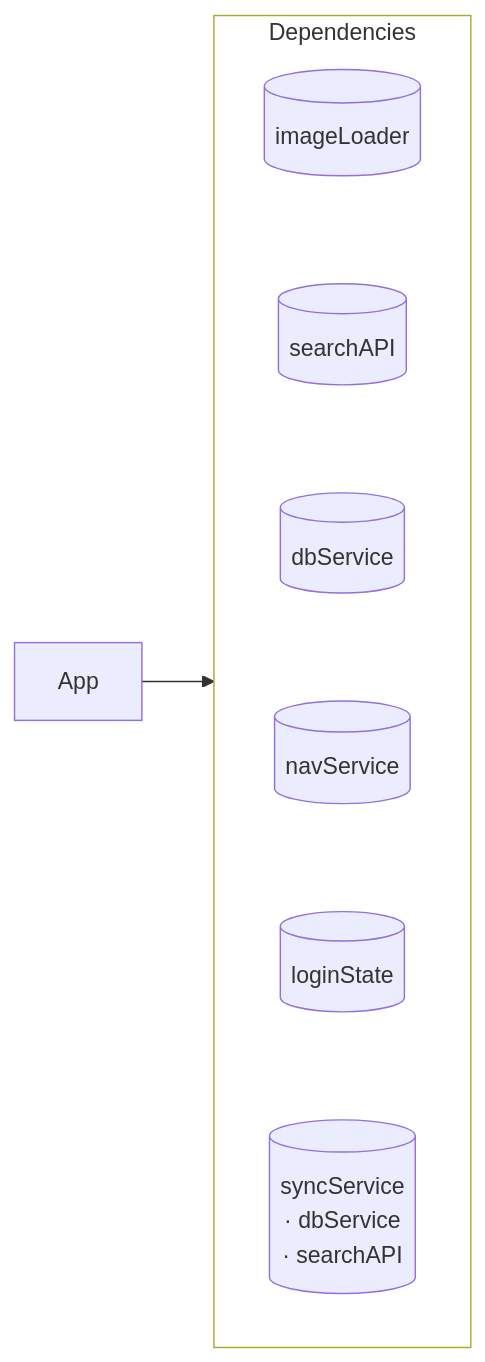
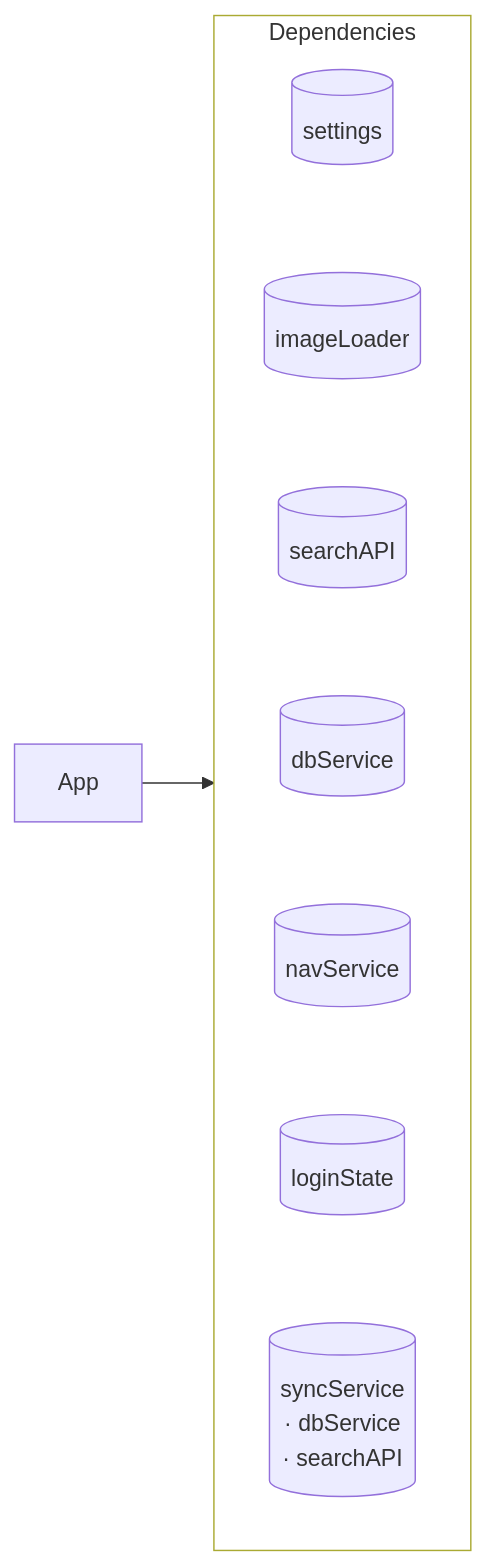
One commit to sisoje/hypermodular changed the seventh of 8 diagrams in hypermodular/SKILL.md. Above: the diagram before and after it, drawn with Mermaid. The commit also changed other lines of this file and 44 other files, not shown here.

````diff
--- a/hypermodular/SKILL.md
+++ b/hypermodular/SKILL.md
@@ -247,19 +290,20 @@
 ```mermaid
 %% Root: App · Dependencies
 flowchart LR
     subgraph Dependencies
         direction TB
+        settings[(settings)]
         imageLoader[(imageLoader)]
         searchAPI[(searchAPI)]
         dbService[(dbService)]
         navService[(navService)]
         loginState[(loginState)]
         syncService[("syncService<br/>· dbService<br/>· searchAPI")]
-        imageLoader ~~~ searchAPI ~~~ dbService ~~~ navService ~~~ loginState ~~~ syncService
+        settings ~~~ imageLoader ~~~ searchAPI ~~~ dbService ~~~ navService ~~~ loginState ~~~ syncService
     end
 
     App --> Dependencies
 
     classDef deps fill:none
     class Dependencies deps
 ```
````
